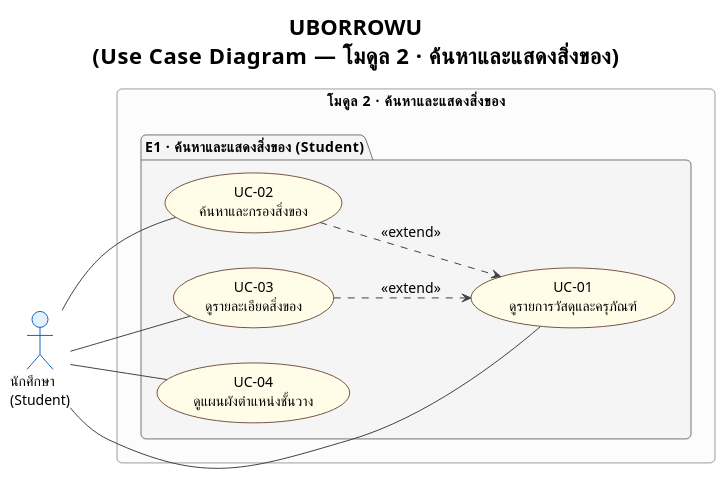
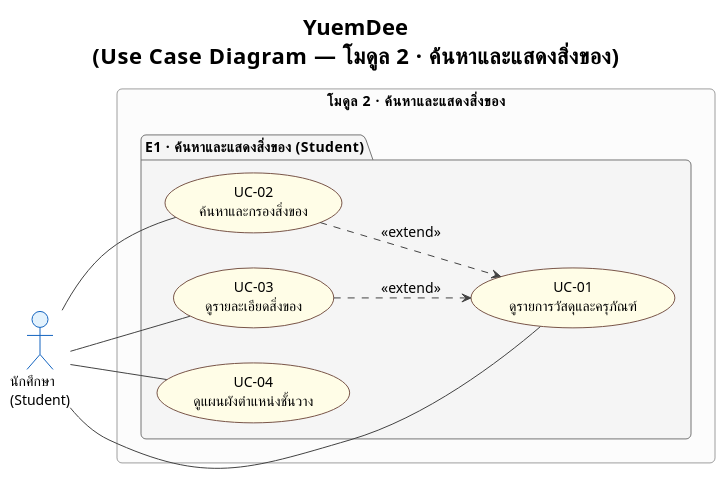
The diagram in proposal/usecase/usecase_module2.puml (patlnwza-007/project-2569), drawn with PlantUML before and after one commit. The commit also changed 22 other files, not shown here.

```diff
--- a/proposal/usecase/usecase_module2.puml
+++ b/proposal/usecase/usecase_module2.puml
@@ -2,49 +2,49 @@
 @startuml usecase_module2
 !theme plain
 skinparam defaultFontName TH Sarabun New
 skinparam defaultFontSize 14
 skinparam roundcorner 10
 
 skinparam usecase {
   BackgroundColor #FFFDE7
   BorderColor #795548
 }
 skinparam actor {
   BackgroundColor #E3F2FD
   BorderColor #1565C0
 }
 skinparam package {
   BackgroundColor #F5F5F5
   BorderColor #757575
   FontStyle bold
 }
 skinparam rectangle {
   BackgroundColor #FCFCFC
   BorderColor #9E9E9E
 }
 skinparam ArrowColor #424242
 
-title <b>UBORROWU</b>\n(Use Case Diagram — โมดูล 2 · ค้นหาและแสดงสิ่งของ)
+title <b>YuemDee</b>\n(Use Case Diagram — โมดูล 2 · ค้นหาและแสดงสิ่งของ)
 
 left to right direction
 
 actor "นักศึกษา\n(Student)" as Student
 
 rectangle "โมดูล 2 · ค้นหาและแสดงสิ่งของ" {
   package "E1 · ค้นหาและแสดงสิ่งของ (Student)" {
     usecase "UC-01\nดูรายการวัสดุและครุภัณฑ์" as UC01
     usecase "UC-02\nค้นหาและกรองสิ่งของ" as UC02
     usecase "UC-03\nดูรายละเอียดสิ่งของ" as UC03
     usecase "UC-04\nดูแผนผังตำแหน่งชั้นวาง" as UC04
   }
 }
 
 Student -- UC01
 Student -- UC02
 Student -- UC03
 Student -- UC04
 
 UC02 ..> UC01 : <<extend>>
 UC03 ..> UC01 : <<extend>>
 
 @enduml
```
